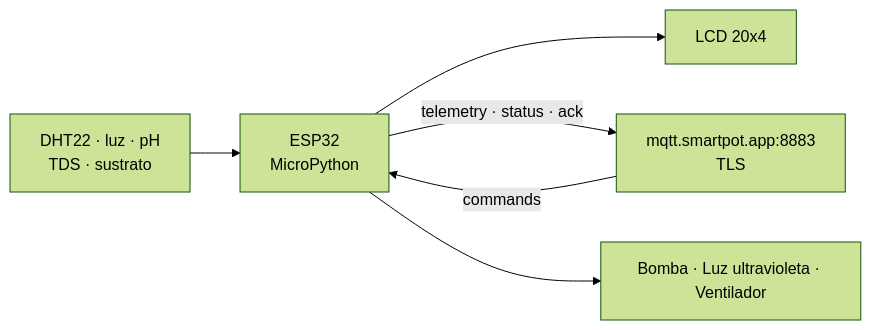
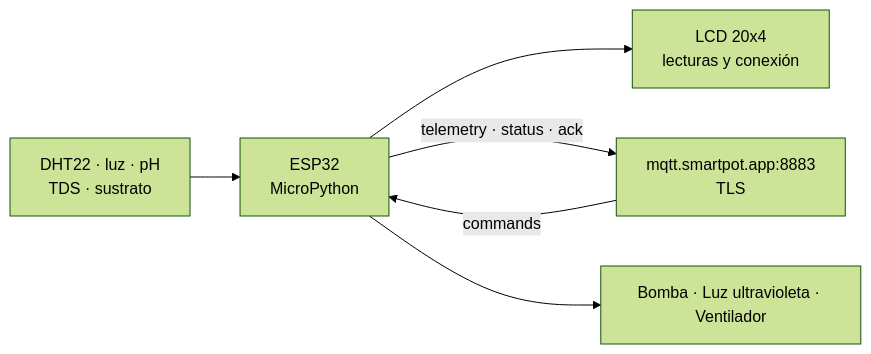
One commit to SmartPotTech/SmartPot-IoT changed the diagram in README.md. Above: the diagram before and after it, drawn with Mermaid (forest theme). The commit also changed other lines of this file, not shown here.

````diff
--- a/README.md
+++ b/README.md
@@ -14,8 +14,8 @@
 ```mermaid
 flowchart LR
   sensores["DHT22 · luz · pH<br/>TDS · sustrato"] --> esp["ESP32<br/>MicroPython"]
-  esp --> lcd["LCD 20x4"]
+  esp --> lcd["LCD 20x4<br/>lecturas y conexión"]
   esp -->|"telemetry · status · ack"| broker["mqtt.smartpot.app:8883<br/>TLS"]
   broker -->|"commands"| esp
   esp --> act["Bomba · Luz ultravioleta · Ventilador"]
 ```
````
